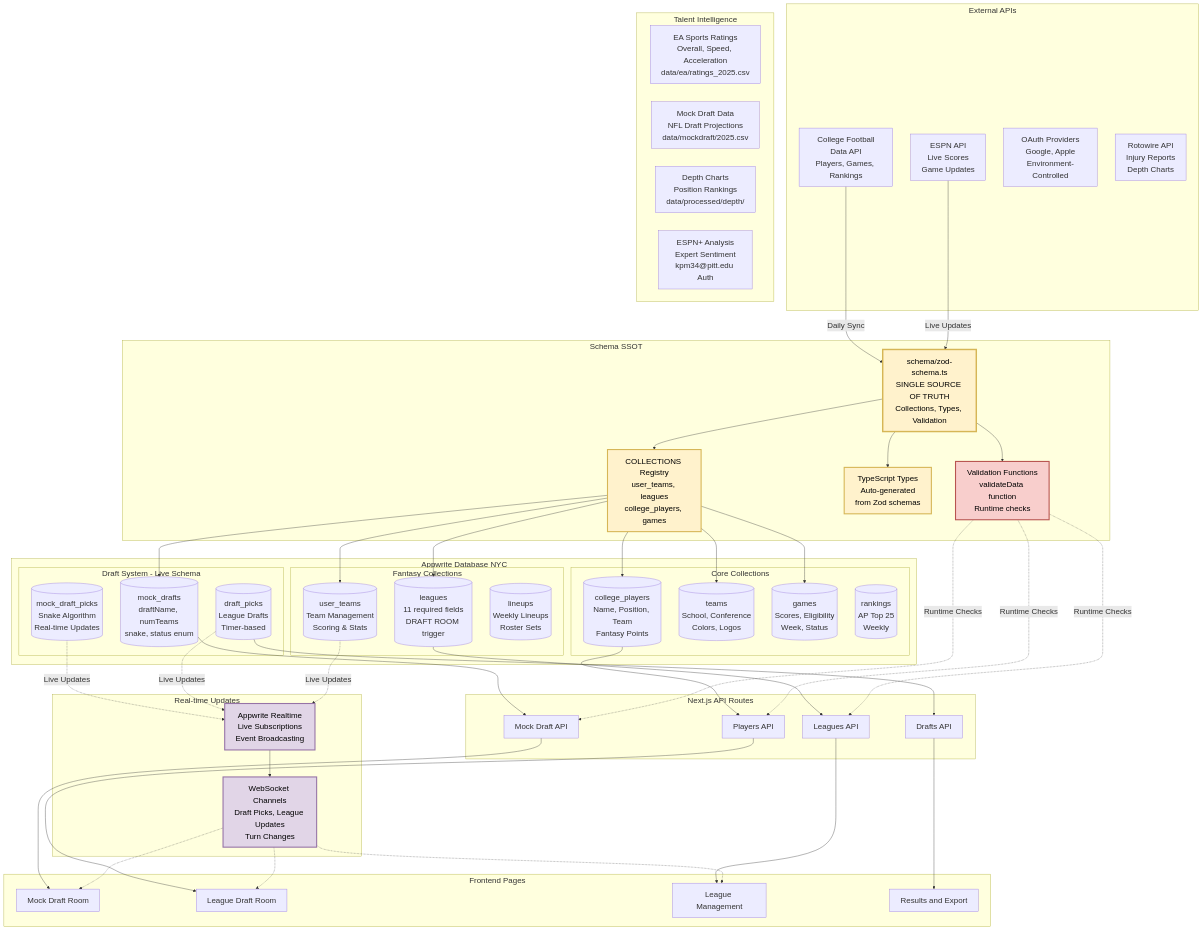
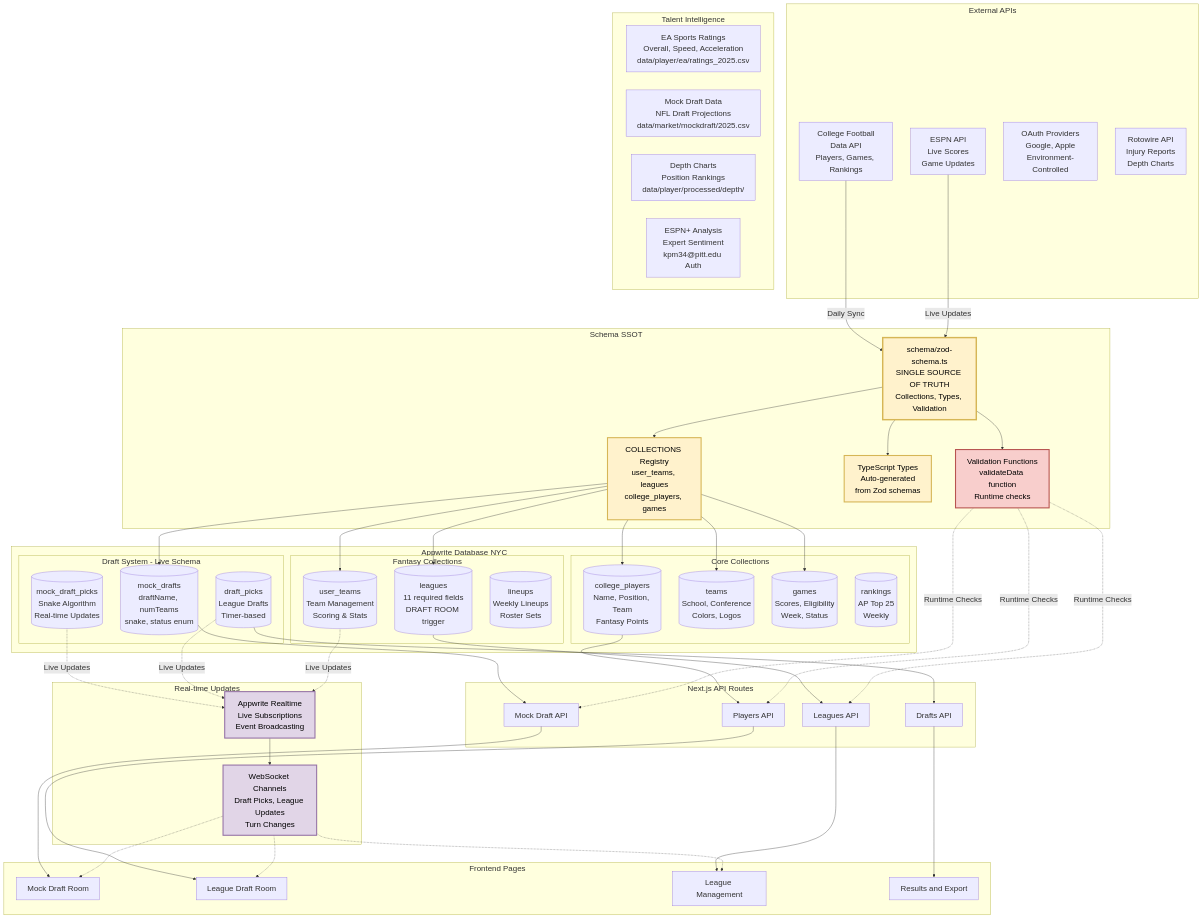
Before and after one commit to kpm34/college-football-fantasy-app: the second of 5 diagrams in docs/PROJECT_MAP.md, drawn with Mermaid. The commit also changed 9 other files, not shown here.

Commit message:
chore(data): update code/docs to new data structure (player/user/market/scripts) and imports path

```diff
--- a/docs/PROJECT_MAP.md
+++ b/docs/PROJECT_MAP.md
@@ -69,9 +69,9 @@
     
     %% Talent Data Sources  
     subgraph TalentIntel[Talent Intelligence]
-        EA_DATA[EA Sports Ratings<br/>Overall, Speed, Acceleration<br/>data/ea/ratings_2025.csv]
-        MOCK_DATA[Mock Draft Data<br/>NFL Draft Projections<br/>data/mockdraft/2025.csv]
-        DEPTH_DATA[Depth Charts<br/>Position Rankings<br/>data/processed/depth/]
+        EA_DATA[EA Sports Ratings<br/>Overall, Speed, Acceleration<br/>data/player/ea/ratings_2025.csv]
+        MOCK_DATA[Mock Draft Data<br/>NFL Draft Projections<br/>data/market/mockdraft/2025.csv]
+        DEPTH_DATA[Depth Charts<br/>Position Rankings<br/>data/player/processed/depth/]
         ESPN_PLUS[ESPN+ Analysis<br/>Expert Sentiment<br/>kpm34@pitt.edu Auth]
     end
     
```
